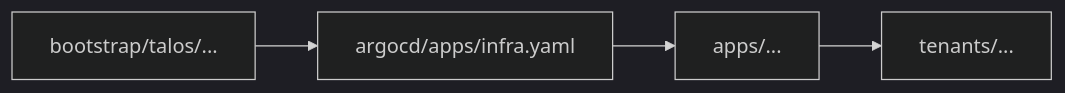
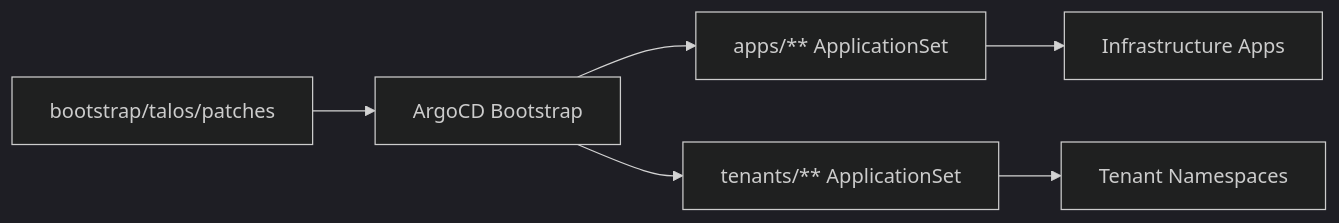
The diagram in BOOTSTRAP.md (matjahs/omni-cluster-1), drawn with Mermaid (dark theme) before and after one commit. The commit also changed other lines of this file and 14 other files, not shown here.

````diff
--- a/BOOTSTRAP.md
+++ b/BOOTSTRAP.md
@@ -56,6 +55,8 @@
 ```mermaid
 flowchart LR
-    A[bootstrap/talos/...] --> B[argocd/apps/infra.yaml]
-    B --> C[apps/... ]
-    C --> D[tenants/... ]
+    A[bootstrap/talos/patches] --> B[ArgoCD Bootstrap]
+    B --> C[apps/** ApplicationSet]
+    B --> D[tenants/** ApplicationSet]
+    C --> E[Infrastructure Apps]
+    D --> F[Tenant Namespaces]
 ```
````
